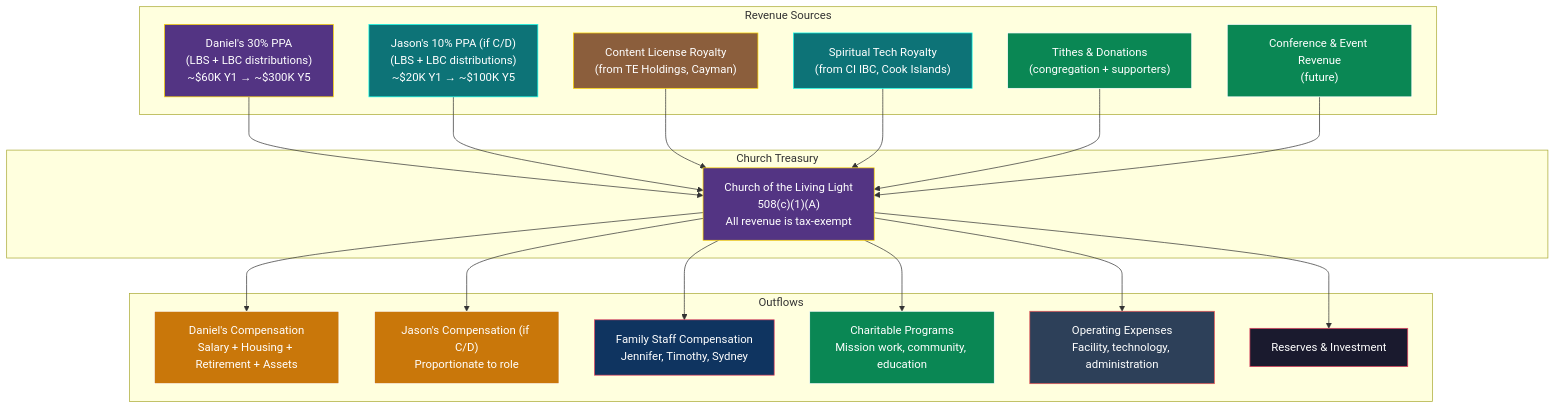
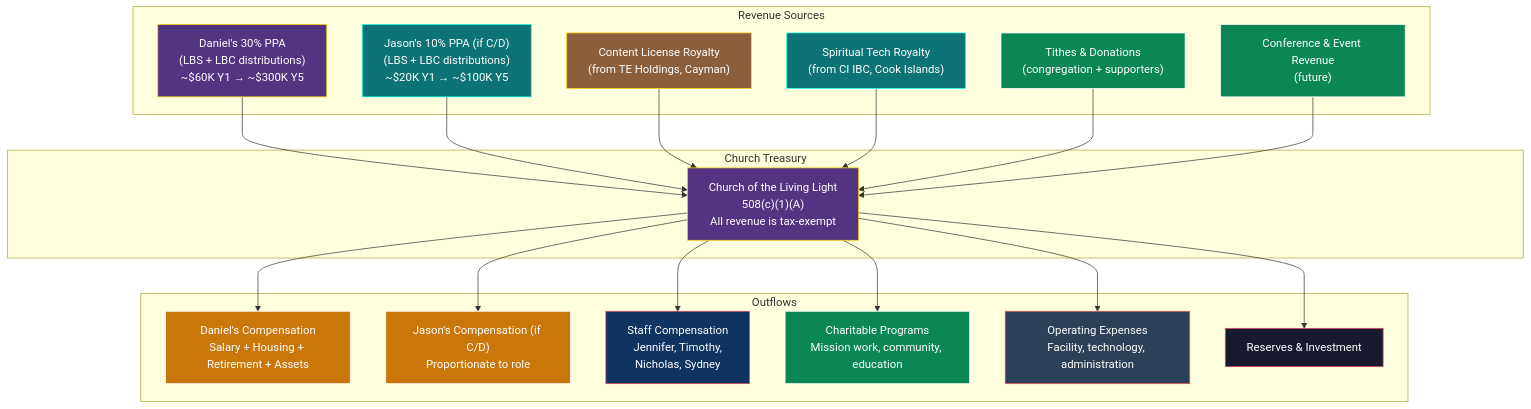
The second of 3 diagrams in docs/tax-structure/11-CHURCH-GOVERNANCE-STRUCTURE.md (Light-Brands/epic-center), drawn with Mermaid before and after one commit. The commit also changed other lines of this file, not shown here.

First line of the commit message:
Swap Nicholas and Sydney: Nicholas as Director/Secretary, off Comp Committee

````diff
--- a/docs/tax-structure/11-CHURCH-GOVERNANCE-STRUCTURE.md
+++ b/docs/tax-structure/11-CHURCH-GOVERNANCE-STRUCTURE.md
@@ -348,52 +362,52 @@
 ```mermaid
 graph TB
     subgraph "Revenue Sources"
         PPA_D["Daniel's 30% PPA<br/>(LBS + LBC distributions)<br/>~$60K Y1 → ~$300K Y5"]
         PPA_J["Jason's 10% PPA (if C/D)<br/>(LBS + LBC distributions)<br/>~$20K Y1 → ~$100K Y5"]
         ROY1["Content License Royalty<br/>(from TE Holdings, Cayman)"]
         ROY2["Spiritual Tech Royalty<br/>(from CI IBC, Cook Islands)"]
         TITHE["Tithes & Donations<br/>(congregation + supporters)"]
         EVENTS["Conference & Event Revenue<br/>(future)"]
     end
 
     subgraph "Church Treasury"
         CHURCH["Church of the Living Light<br/>508(c)(1)(A)<br/>All revenue is tax-exempt"]
     end
 
     subgraph "Outflows"
         COMP_D["Daniel's Compensation<br/>Salary + Housing + Retirement + Assets"]
         COMP_J["Jason's Compensation (if C/D)<br/>Proportionate to role"]
-        COMP_F["Family Staff Compensation<br/>Jennifer, Timothy, Sydney"]
+        COMP_F["Staff Compensation<br/>Jennifer, Timothy,<br/>Nicholas, Sydney"]
         CHARITY["Charitable Programs<br/>Mission work, community, education"]
         OPS["Operating Expenses<br/>Facility, technology, administration"]
         RESERVE["Reserves & Investment"]
     end
 
     PPA_D --> CHURCH
     PPA_J --> CHURCH
     ROY1 --> CHURCH
     ROY2 --> CHURCH
     TITHE --> CHURCH
     EVENTS --> CHURCH
 
     CHURCH --> COMP_D
     CHURCH --> COMP_J
     CHURCH --> COMP_F
     CHURCH --> CHARITY
     CHURCH --> OPS
     CHURCH --> RESERVE
 
     style PPA_D fill:#533483,stroke:#ffd700,color:#fff
     style PPA_J fill:#0d7377,stroke:#14ffec,color:#fff
     style ROY1 fill:#8b5e3c,stroke:#ffd700,color:#fff
     style ROY2 fill:#0d7377,stroke:#14ffec,color:#fff
     style TITHE fill:#0a8754,stroke:#fff,color:#fff
     style EVENTS fill:#0a8754,stroke:#fff,color:#fff
     style CHURCH fill:#533483,stroke:#ffd700,color:#fff
     style COMP_D fill:#c9770a,stroke:#fff,color:#fff
     style COMP_J fill:#c9770a,stroke:#fff,color:#fff
     style COMP_F fill:#0f3460,stroke:#e94560,color:#fff
     style CHARITY fill:#0a8754,stroke:#fff,color:#fff
     style OPS fill:#2d4059,stroke:#ea5455,color:#fff
     style RESERVE fill:#1a1a2e,stroke:#e94560,color:#fff
 ```
````
